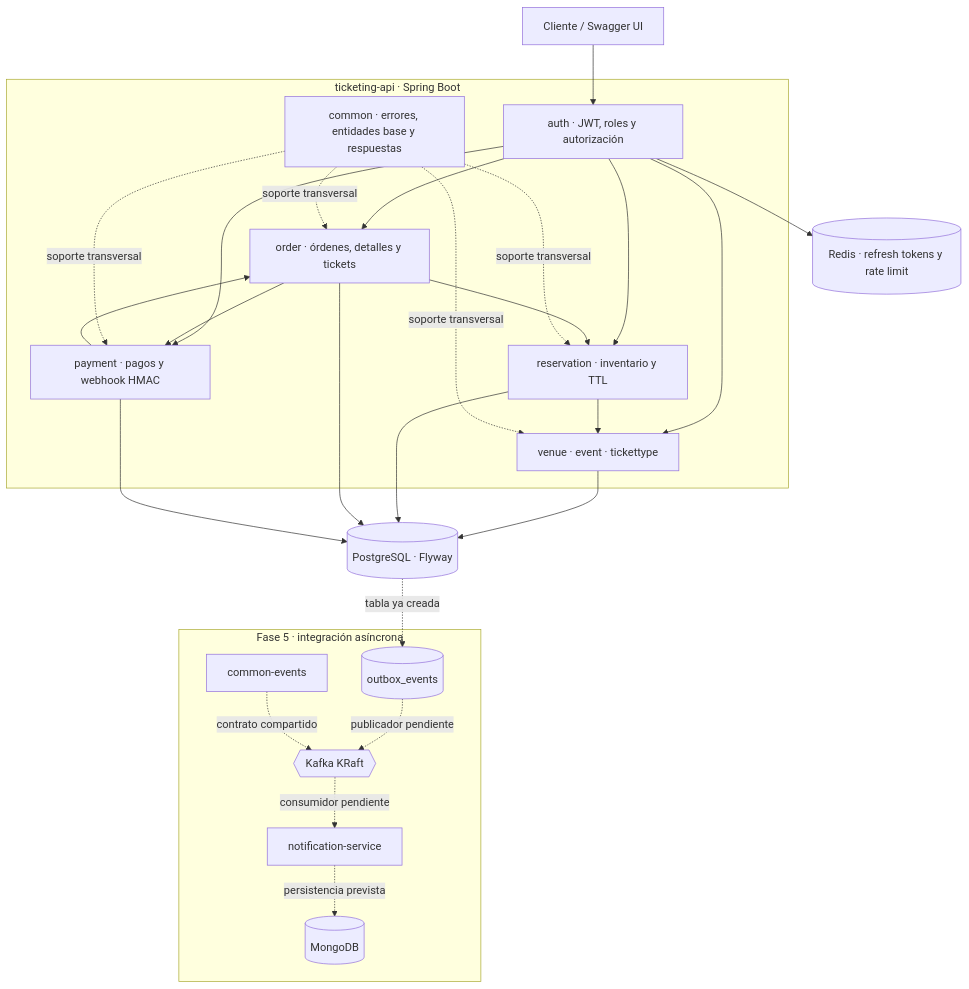
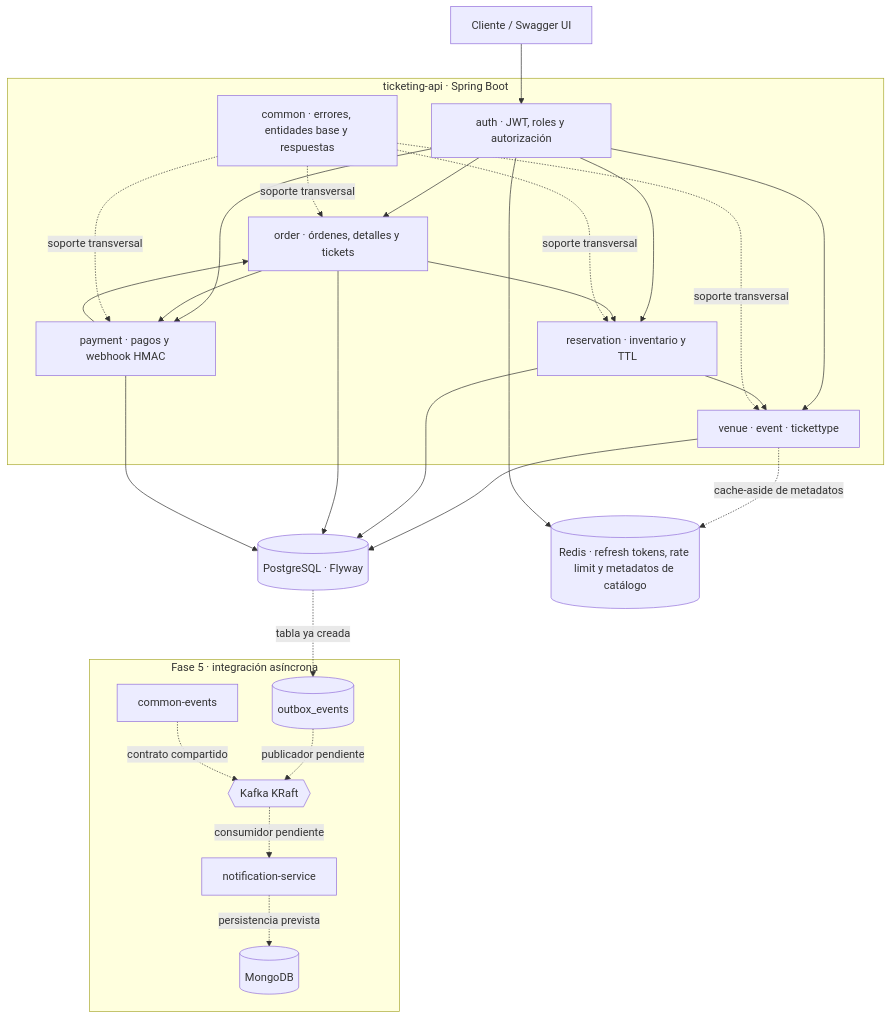
One commit to dab960405/tickeringsystem changed the first of 2 diagrams in docs/architecture.md. Above: the diagram before and after it, drawn with Mermaid. The commit also changed other lines of this file and 14 other files, not shown here.

Commit message:
feat(cache): add Redis catalog metadata cache

````diff
--- a/docs/architecture.md
+++ b/docs/architecture.md
@@ -7,44 +7,45 @@
 ```mermaid
 flowchart TB
     client[Cliente / Swagger UI]
     subgraph api["ticketing-api · Spring Boot"]
       security[auth · JWT, roles y autorización]
       catalog[venue · event · tickettype]
       reservation[reservation · inventario y TTL]
       order[order · órdenes, detalles y tickets]
       payment[payment · pagos y webhook HMAC]
       common[common · errores, entidades base y respuestas]
       security --> catalog
       security --> reservation
       security --> order
       security --> payment
       reservation --> catalog
       order --> reservation
       order --> payment
       payment --> order
       common -. soporte transversal .-> catalog
       common -. soporte transversal .-> reservation
       common -. soporte transversal .-> order
       common -. soporte transversal .-> payment
     end
     postgres[(PostgreSQL · Flyway)]
-    redis[(Redis · refresh tokens y rate limit)]
+    redis[(Redis · refresh tokens, rate limit y metadatos de catálogo)]
     client --> security
     catalog --> postgres
+    catalog -. cache-aside de metadatos .-> redis
     reservation --> postgres
     order --> postgres
     payment --> postgres
     security --> redis
     subgraph future["Fase 5 · integración asíncrona"]
       outbox[(outbox_events)]
       kafka{{Kafka KRaft}}
       events[common-events]
       notifier[notification-service]
       mongo[(MongoDB)]
       outbox -. publicador pendiente .-> kafka
       events -. contrato compartido .-> kafka
       kafka -. consumidor pendiente .-> notifier
       notifier -. persistencia prevista .-> mongo
     end
     postgres -. tabla ya creada .-> outbox
 ```
````
